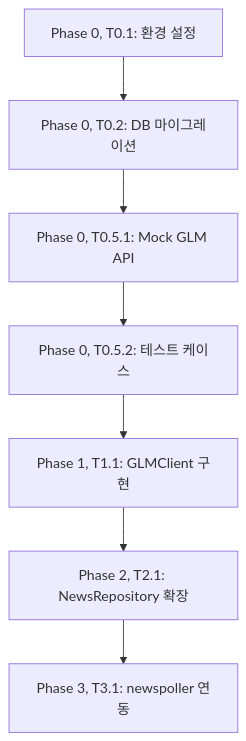
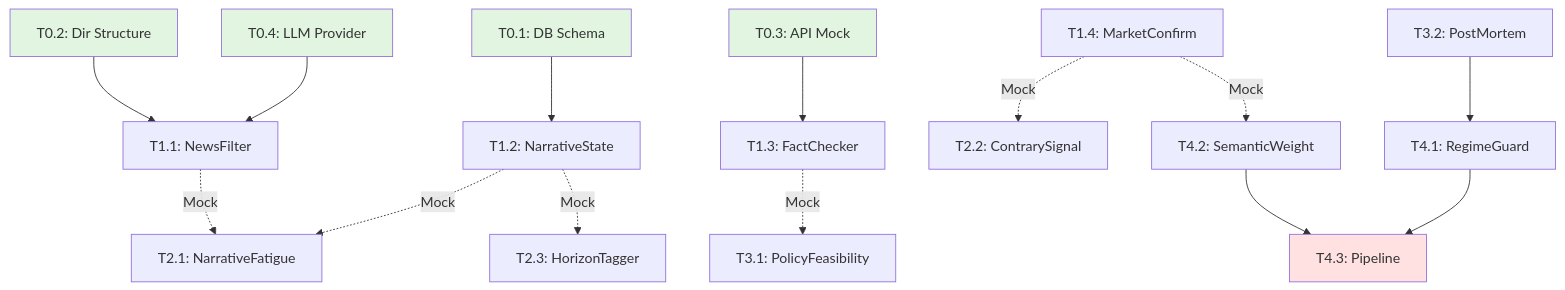
The diagram in docs/planning/06-tasks.md (psh355q-ui/81034r7tyfh), drawn with Mermaid before and after one commit. The commit also changed other lines of this file and 63 other files, not shown here.

````diff
--- a/docs/planning/06-tasks.md
+++ b/docs/planning/06-tasks.md
@@ -34,9 +853,24 @@
 ```mermaid
 graph TD
-    T0_1[Phase 0, T0.1: 환경 설정] --> T0_2[Phase 0, T0.2: DB 마이그레이션]
-    T0_2 --> T0_5_1[Phase 0, T0.5.1: Mock GLM API]
-    T0_5_1 --> T0_5_2[Phase 0, T0.5.2: 테스트 케이스]
-    T0_5_2 --> T1_1[Phase 1, T1.1: GLMClient 구현]
-    T1_1 --> T2_1[Phase 2, T2.1: NewsRepository 확장]
-    T2_1 --> T3_1[Phase 3, T3.1: newspoller 연동]
+    T0.1[T0.1: DB Schema] --> T1.2[T1.2: NarrativeState]
+    T0.2[T0.2: Dir Structure] --> T1.1[T1.1: NewsFilter]
+    T0.3[T0.3: API Mock] --> T1.3[T1.3: FactChecker]
+    T0.4[T0.4: LLM Provider] --> T1.1
+
+    T1.1 -.Mock.-> T2.1[T2.1: NarrativeFatigue]
+    T1.2 -.Mock.-> T2.1
+    T1.2 -.Mock.-> T2.3[T2.3: HorizonTagger]
+    T1.3 -.Mock.-> T3.1[T3.1: PolicyFeasibility]
+    T1.4[T1.4: MarketConfirm] -.Mock.-> T2.2[T2.2: ContrarySignal]
+    T1.4 -.Mock.-> T4.2[T4.2: SemanticWeight]
+
+    T3.2[T3.2: PostMortem] --> T4.1[T4.1: RegimeGuard]
+    T4.1 --> T4.3[T4.3: Pipeline]
+    T4.2 --> T4.3
+
+    style T0.1 fill:#e1f5e1
+    style T0.2 fill:#e1f5e1
+    style T0.3 fill:#e1f5e1
+    style T0.4 fill:#e1f5e1
+    style T4.3 fill:#ffe1e1
 ```
````
